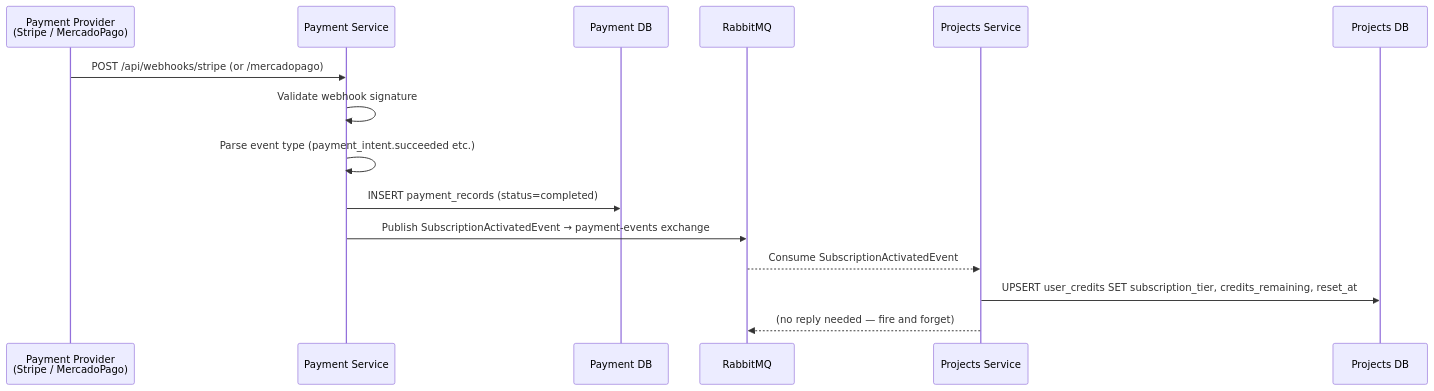
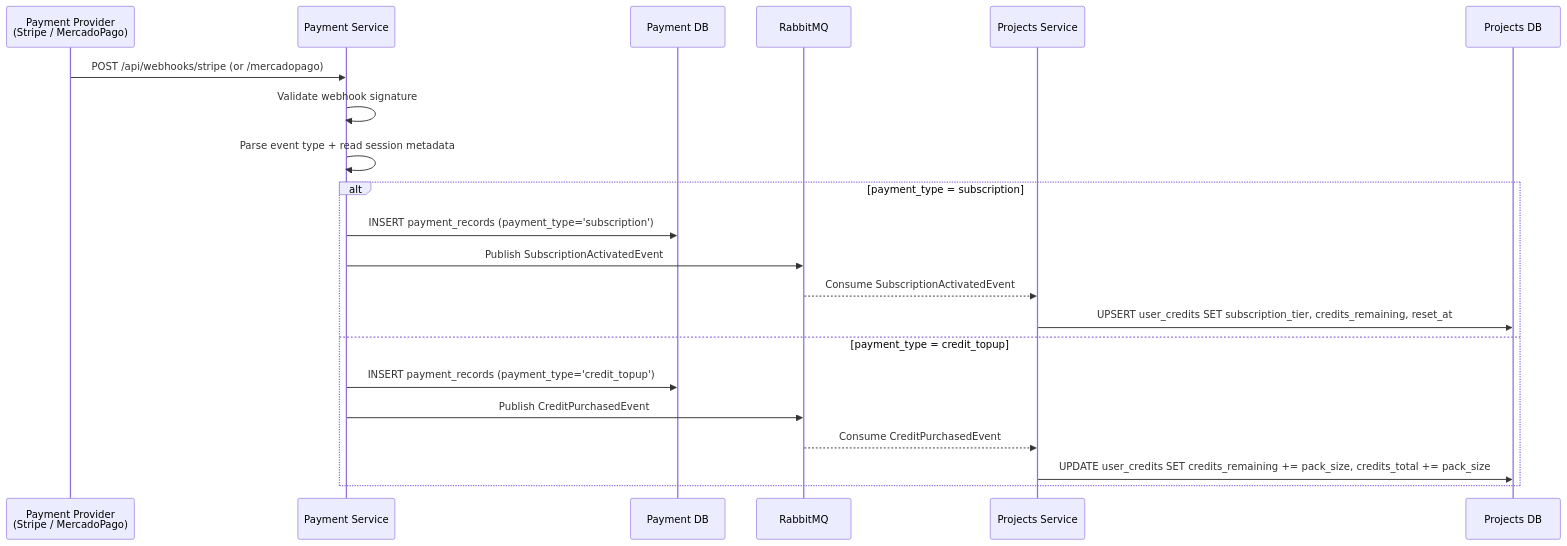
The third of 7 diagrams in docs/admin-and-payments-architecture.md (Jhon6723/capstone-software-development-5-service), drawn with Mermaid before and after one commit. The commit also changed other lines of this file and 1 other file, not shown here.

First line of the commit message:
feat: add credit top-up system with pay-as-you-go pricing and CreditPurchasedEvent

````diff
--- a/docs/admin-and-payments-architecture.md
+++ b/docs/admin-and-payments-architecture.md
@@ -300,18 +410,25 @@
 ```mermaid
 sequenceDiagram
     participant P as Payment Provider<br/>(Stripe / MercadoPago)
     participant PAY as Payment Service
     participant DB as Payment DB
     participant R as RabbitMQ
     participant PROJ as Projects Service
     participant UDB as Projects DB
 
     P->>PAY: POST /api/webhooks/stripe (or /mercadopago)
     PAY->>PAY: Validate webhook signature
-    PAY->>PAY: Parse event type (payment_intent.succeeded etc.)
-    PAY->>DB: INSERT payment_records (status=completed)
-    PAY->>R: Publish SubscriptionActivatedEvent → payment-events exchange
-    R-->>PROJ: Consume SubscriptionActivatedEvent
-    PROJ->>UDB: UPSERT user_credits SET subscription_tier, credits_remaining, reset_at
-    PROJ-->>R: (no reply needed — fire and forget)
+    PAY->>PAY: Parse event type + read session metadata
+
+    alt payment_type = subscription
+        PAY->>DB: INSERT payment_records (payment_type='subscription')
+        PAY->>R: Publish SubscriptionActivatedEvent
+        R-->>PROJ: Consume SubscriptionActivatedEvent
+        PROJ->>UDB: UPSERT user_credits SET subscription_tier, credits_remaining, reset_at
+    else payment_type = credit_topup
+        PAY->>DB: INSERT payment_records (payment_type='credit_topup')
+        PAY->>R: Publish CreditPurchasedEvent
+        R-->>PROJ: Consume CreditPurchasedEvent
+        PROJ->>UDB: UPDATE user_credits SET credits_remaining += pack_size, credits_total += pack_size
+    end
 ```
````
